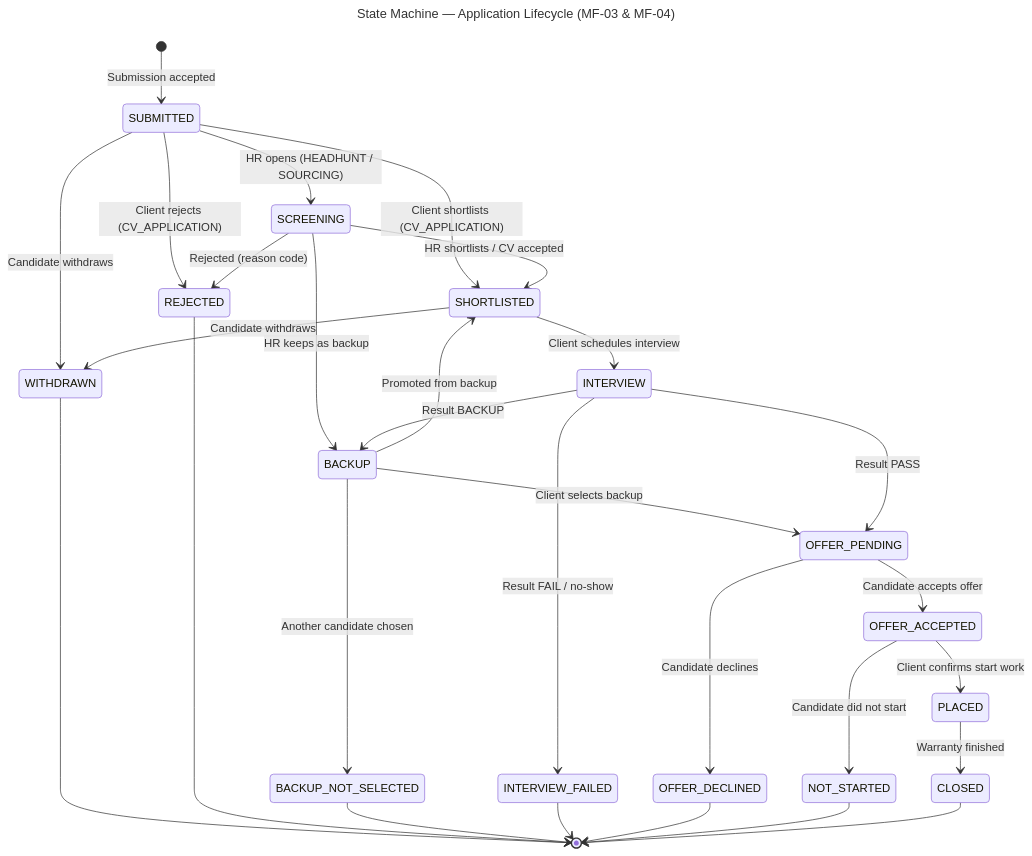
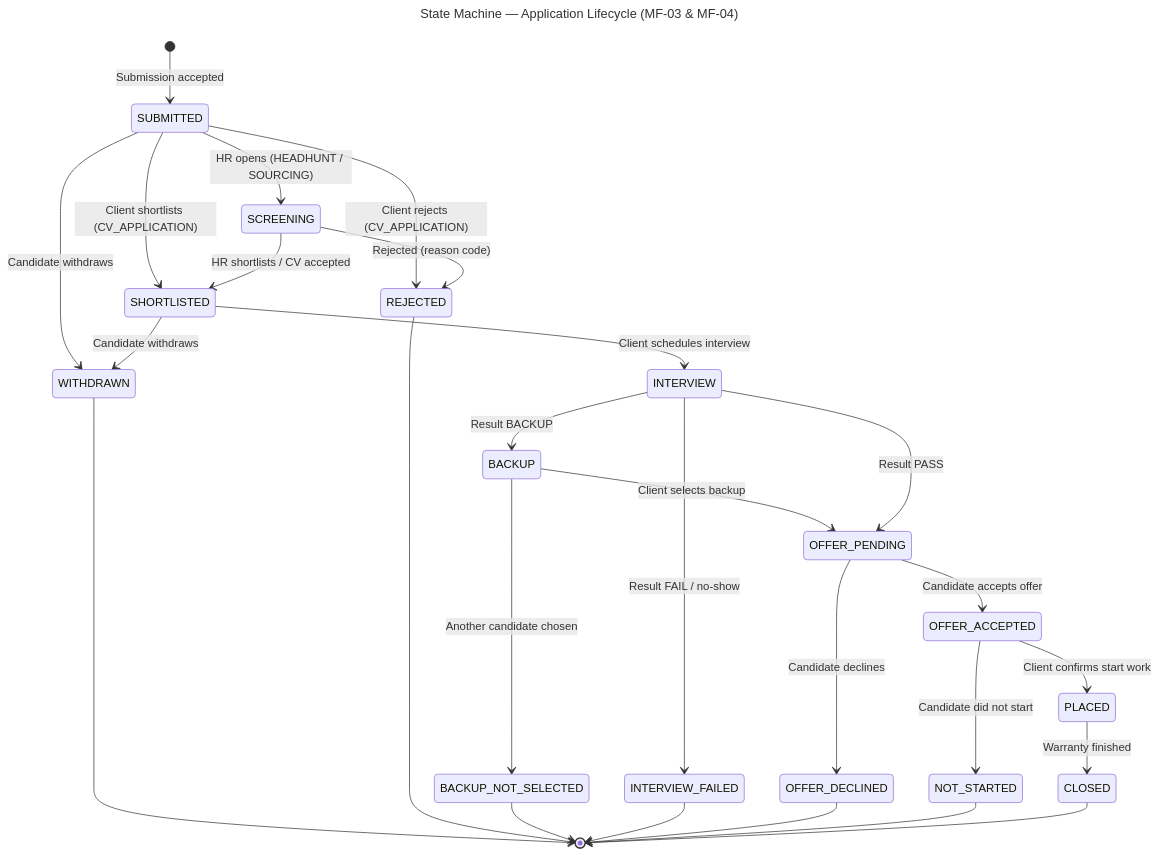
The diagram in docs/diagrams/state-machines/source/sm-application.mmd (hoangqui794/hr-connect), drawn with Mermaid before and after one commit. The commit also changed 40 other files, not shown here.

Commit message:
chore(mf02): update MF02 call flow specification and synchronize system state definitions

```diff
--- a/docs/diagrams/state-machines/source/sm-application.mmd
+++ b/docs/diagrams/state-machines/source/sm-application.mmd
@@ -1,33 +1,31 @@
 ---
 title: State Machine — Application Lifecycle (MF-03 & MF-04)
 ---
 stateDiagram-v2
   direction TB
   [*] --> SUBMITTED : Submission accepted
   SUBMITTED --> SCREENING : HR opens (HEADHUNT / SOURCING)
   SUBMITTED --> SHORTLISTED : Client shortlists (CV_APPLICATION)
   SUBMITTED --> WITHDRAWN : Candidate withdraws
   SUBMITTED --> REJECTED : Client rejects (CV_APPLICATION)
   SCREENING --> SHORTLISTED : HR shortlists / CV accepted
-  SCREENING --> BACKUP : HR keeps as backup
   SCREENING --> REJECTED : Rejected (reason code)
   SHORTLISTED --> WITHDRAWN : Candidate withdraws
   SHORTLISTED --> INTERVIEW : Client schedules interview
-  BACKUP --> SHORTLISTED : Promoted from backup
   BACKUP --> OFFER_PENDING : Client selects backup
   BACKUP --> BACKUP_NOT_SELECTED : Another candidate chosen
   INTERVIEW --> BACKUP : Result BACKUP
   INTERVIEW --> OFFER_PENDING : Result PASS
   INTERVIEW --> INTERVIEW_FAILED : Result FAIL / no-show
   OFFER_PENDING --> OFFER_ACCEPTED : Candidate accepts offer
   OFFER_PENDING --> OFFER_DECLINED : Candidate declines
   OFFER_ACCEPTED --> PLACED : Client confirms start work
   OFFER_ACCEPTED --> NOT_STARTED : Candidate did not start
   PLACED --> CLOSED : Warranty finished
   WITHDRAWN --> [*]
   REJECTED --> [*]
   BACKUP_NOT_SELECTED --> [*]
   INTERVIEW_FAILED --> [*]
   OFFER_DECLINED --> [*]
   NOT_STARTED --> [*]
   CLOSED --> [*]
```
